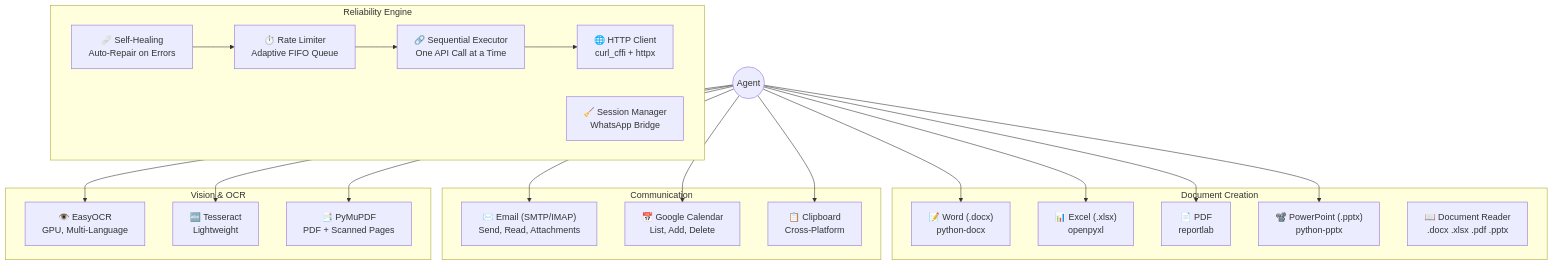
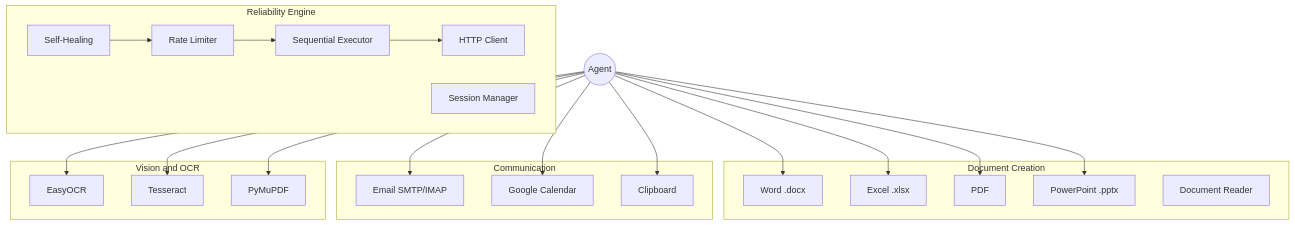
Before and after one commit to bistuwangqiyuan/Open-Sable: diagram 20 of 20 in README.md, drawn with Mermaid. The commit also changed other lines of this file, not shown here.

Commit message:
fix: repair broken Mermaid diagrams in README + mark Skills marketplace as done
- Architecture: fix undefined CLAW node, quote comma in label
- World Model: quote 'Snapshots, Last 100' label
- Learning Curve: quote labels with commas and special chars
- Productivity: remove unsupported & operator, simplify emoji labels
- Roadmap: mark Skills marketplace as [x]

````diff
--- a/README.md
+++ b/README.md
@@ -2656,35 +2655,42 @@
 ```mermaid
 graph TB
     subgraph "Document Creation"
-        DOCX["📝 Word (.docx)<br>python-docx"]
-        XLSX["📊 Excel (.xlsx)<br>openpyxl"]
-        PDF["📄 PDF<br>reportlab"]
-        PPTX["📽️ PowerPoint (.pptx)<br>python-pptx"]
-        READ["📖 Document Reader<br>.docx .xlsx .pdf .pptx"]
+        DOCX["Word .docx"]
+        XLSX["Excel .xlsx"]
+        PDF["PDF"]
+        PPTX["PowerPoint .pptx"]
+        READ["Document Reader"]
     end
 
     subgraph "Communication"
-        EMAIL["✉️ Email (SMTP/IMAP)<br>Send, Read, Attachments"]
-        CAL["📅 Google Calendar<br>List, Add, Delete"]
-        CLIP["📋 Clipboard<br>Cross-Platform"]
+        EMAIL["Email SMTP/IMAP"]
+        CAL["Google Calendar"]
+        CLIP["Clipboard"]
     end
 
-    subgraph "Vision & OCR"
-        EOCR["👁️ EasyOCR<br>GPU, Multi-Language"]
-        TESS["🔤 Tesseract<br>Lightweight"]
-        FITZ["📑 PyMuPDF<br>PDF + Scanned Pages"]
+    subgraph "Vision and OCR"
+        EOCR["EasyOCR"]
+        TESS["Tesseract"]
+        FITZ["PyMuPDF"]
     end
 
     subgraph "Reliability Engine"
-        HEAL["🩹 Self-Healing<br>Auto-Repair on Errors"]
-        RATE["⏱️ Rate Limiter<br>Adaptive FIFO Queue"]
-        SEQ["🔗 Sequential Executor<br>One API Call at a Time"]
-        HTTP["🌐 HTTP Client<br>curl_cffi + httpx"]
-        BROWSER["🧹 Session Manager<br>WhatsApp Bridge"]
+        HEAL["Self-Healing"]
+        RATE["Rate Limiter"]
+        SEQ["Sequential Executor"]
+        HTTP["HTTP Client"]
+        BROWSER["Session Manager"]
     end
 
-    AGENT((Agent)) --> DOCX & XLSX & PDF & PPTX
-    AGENT --> EMAIL & CAL & CLIP
-    AGENT --> EOCR & TESS & FITZ
+    AGENT((Agent)) --> DOCX
+    AGENT --> XLSX
+    AGENT --> PDF
+    AGENT --> PPTX
+    AGENT --> EMAIL
+    AGENT --> CAL
+    AGENT --> CLIP
+    AGENT --> EOCR
+    AGENT --> TESS
+    AGENT --> FITZ
     HEAL --> RATE --> SEQ --> HTTP
 ```
````
